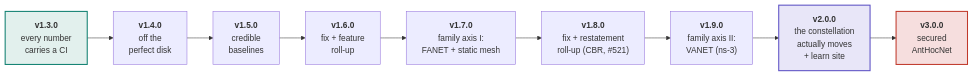
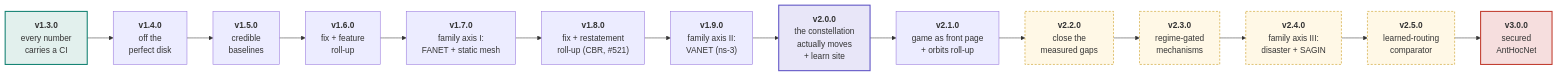
Before and after one commit to danieljoppi/AntHocNet: the first of 2 diagrams in docs/roadmap.md, drawn with Mermaid. The commit also changed other lines of this file and 3 other files, not shown here.

````diff
--- a/docs/roadmap.md
+++ b/docs/roadmap.md
@@ -40,18 +44,27 @@
 ```mermaid
 flowchart LR
     V13["<b>v1.3.0</b><br/>every number<br/>carries a CI"]
     V14["<b>v1.4.0</b><br/>off the<br/>perfect disk"]
     V15["<b>v1.5.0</b><br/>credible<br/>baselines"]
     V16["<b>v1.6.0</b><br/>fix + feature<br/>roll-up"]
     V17["<b>v1.7.0</b><br/>family axis I:<br/>FANET + static mesh"]
     V18["<b>v1.8.0</b><br/>fix + restatement<br/>roll-up (CBR, #521)"]
     V19["<b>v1.9.0</b><br/>family axis II:<br/>VANET (ns-3)"]
     V20["<b>v2.0.0</b><br/>the constellation<br/>actually moves<br/>+ learn site"]
+    V21["<b>v2.1.0</b><br/>game as front page<br/>+ orbits roll-up"]
+    V22["<b>v2.2.0</b><br/>close the<br/>measured gaps"]
+    V23["<b>v2.3.0</b><br/>regime-gated<br/>mechanisms"]
+    V24["<b>v2.4.0</b><br/>family axis III:<br/>disaster + SAGIN"]
+    V25["<b>v2.5.0</b><br/>learned-routing<br/>comparator"]
     V30["<b>v3.0.0</b><br/>secured<br/>AntHocNet"]
 
-    V13 --> V14 --> V15 --> V16 --> V17 --> V18 --> V19 --> V20 --> V30
+    V13 --> V14 --> V15 --> V16 --> V17 --> V18 --> V19 --> V20 --> V21 --> V22 --> V23 --> V24 --> V25 --> V30
 
     style V13 fill:#e2f0ed,stroke:#0f7f70,stroke-width:2px
     style V20 fill:#e8e6f8,stroke:#5b4fc4,stroke-width:2px
+    style V22 fill:#fff8e6,stroke:#c48f00,stroke-dasharray:4 3
+    style V23 fill:#fff8e6,stroke:#c48f00,stroke-dasharray:4 3
+    style V24 fill:#fff8e6,stroke:#c48f00,stroke-dasharray:4 3
+    style V25 fill:#fff8e6,stroke:#c48f00,stroke-dasharray:4 3
     style V30 fill:#f6dede,stroke:#c0392b,stroke-width:2px
 ```
````
